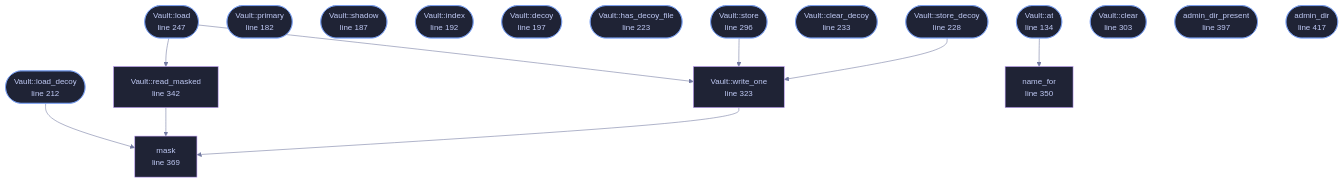
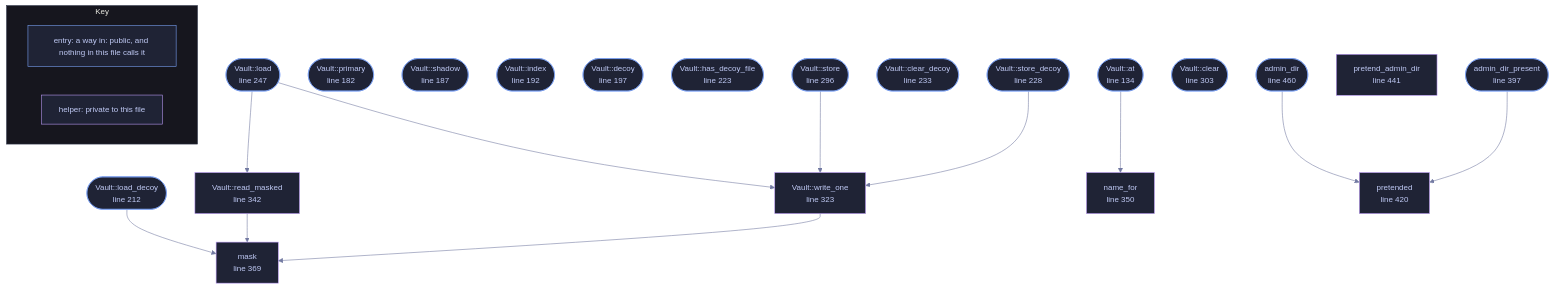
Before and after one commit to tilas01/veilvoice: the diagram in docs/files/veilvoice-crypto/vault.md, drawn with Mermaid. The commit also changed other lines of this file and 1510 other files, not shown here.

First line of the commit message:
Regenerate the documentation, wiki, site, graphs and measured numbers

````diff
--- a/docs/files/veilvoice-crypto/vault.md
+++ b/docs/files/veilvoice-crypto/vault.md
@@ -127,52 +129,65 @@
 ```mermaid
 %%{init: {"theme":"base","themeVariables":{"background":"#1a1b26","primaryColor":"#1f2335","primaryTextColor":"#c0caf5","primaryBorderColor":"#7aa2f7","secondaryColor":"#16161e","tertiaryColor":"#16161e","lineColor":"#737aa2","textColor":"#c0caf5","mainBkg":"#1f2335","nodeBorder":"#7aa2f7","clusterBkg":"#16161e","clusterBorder":"#2f3549","fontFamily":"ui-monospace, SFMono-Regular, Consolas, monospace","fontSize":"14px"}}}%%
 flowchart TD
     n_at(["Vault::at<br/>line 134"])
     n_primary(["Vault::primary<br/>line 182"])
     n_shadow(["Vault::shadow<br/>line 187"])
     n_index(["Vault::index<br/>line 192"])
     n_decoy(["Vault::decoy<br/>line 197"])
     n_load_decoy(["Vault::load_decoy<br/>line 212"])
     n_has_decoy_file(["Vault::has_decoy_file<br/>line 223"])
     n_store_decoy(["Vault::store_decoy<br/>line 228"])
     n_clear_decoy(["Vault::clear_decoy<br/>line 233"])
     n_load(["Vault::load<br/>line 247"])
     n_store(["Vault::store<br/>line 296"])
     n_clear(["Vault::clear<br/>line 303"])
     n_write_one["Vault::write_one<br/>line 323"]
     n_read_masked["Vault::read_masked<br/>line 342"]
     n_name_for["name_for<br/>line 350"]
     n_mask["mask<br/>line 369"]
     n_admin_dir_present(["admin_dir_present<br/>line 397"])
-    n_admin_dir(["admin_dir<br/>line 417"])
+    n_pretended["pretended<br/>line 420"]
+    n_pretend_admin_dir["pretend_admin_dir<br/>line 441"]
+    n_admin_dir(["admin_dir<br/>line 460"])
+    n_admin_dir --> n_pretended
+    n_admin_dir_present --> n_pretended
     n_at --> n_name_for
     n_load --> n_read_masked
     n_load --> n_write_one
     n_load_decoy --> n_mask
     n_read_masked --> n_mask
     n_store --> n_write_one
     n_store_decoy --> n_write_one
     n_write_one --> n_mask
     click n_at href "https://github.com/tilas01/veilvoice/blob/main/crates/veilvoice-crypto/src/vault.rs#L134" "open the source"
     click n_primary href "https://github.com/tilas01/veilvoice/blob/main/crates/veilvoice-crypto/src/vault.rs#L182" "open the source"
     click n_shadow href "https://github.com/tilas01/veilvoice/blob/main/crates/veilvoice-crypto/src/vault.rs#L187" "open the source"
     click n_index href "https://github.com/tilas01/veilvoice/blob/main/crates/veilvoice-crypto/src/vault.rs#L192" "open the source"
     click n_decoy href "https://github.com/tilas01/veilvoice/blob/main/crates/veilvoice-crypto/src/vault.rs#L197" "open the source"
     click n_load_decoy href "https://github.com/tilas01/veilvoice/blob/main/crates/veilvoice-crypto/src/vault.rs#L212" "open the source"
     click n_has_decoy_file href "https://github.com/tilas01/veilvoice/blob/main/crates/veilvoice-crypto/src/vault.rs#L223" "open the source"
     click n_store_decoy href "https://github.com/tilas01/veilvoice/blob/main/crates/veilvoice-crypto/src/vault.rs#L228" "open the source"
     click n_clear_decoy href "https://github.com/tilas01/veilvoice/blob/main/crates/veilvoice-crypto/src/vault.rs#L233" "open the source"
     click n_load href "https://github.com/tilas01/veilvoice/blob/main/crates/veilvoice-crypto/src/vault.rs#L247" "open the source"
     click n_store href "https://github.com/tilas01/veilvoice/blob/main/crates/veilvoice-crypto/src/vault.rs#L296" "open the source"
     click n_clear href "https://github.com/tilas01/veilvoice/blob/main/crates/veilvoice-crypto/src/vault.rs#L303" "open the source"
     click n_write_one href "https://github.com/tilas01/veilvoice/blob/main/crates/veilvoice-crypto/src/vault.rs#L323" "open the source"
     click n_read_masked href "https://github.com/tilas01/veilvoice/blob/main/crates/veilvoice-crypto/src/vault.rs#L342" "open the source"
     click n_name_for href "https://github.com/tilas01/veilvoice/blob/main/crates/veilvoice-crypto/src/vault.rs#L350" "open the source"
     click n_mask href "https://github.com/tilas01/veilvoice/blob/main/crates/veilvoice-crypto/src/vault.rs#L369" "open the source"
     click n_admin_dir_present href "https://github.com/tilas01/veilvoice/blob/main/crates/veilvoice-crypto/src/vault.rs#L397" "open the source"
-    click n_admin_dir href "https://github.com/tilas01/veilvoice/blob/main/crates/veilvoice-crypto/src/vault.rs#L417" "open the source"
+    click n_pretended href "https://github.com/tilas01/veilvoice/blob/main/crates/veilvoice-crypto/src/vault.rs#L420" "open the source"
+    click n_pretend_admin_dir href "https://github.com/tilas01/veilvoice/blob/main/crates/veilvoice-crypto/src/vault.rs#L441" "open the source"
+    click n_admin_dir href "https://github.com/tilas01/veilvoice/blob/main/crates/veilvoice-crypto/src/vault.rs#L460" "open the source"
     classDef entry fill:#1f2335,stroke:#7aa2f7,color:#c0caf5
     class n_at,n_primary,n_shadow,n_index,n_decoy,n_load_decoy,n_has_decoy_file,n_store_decoy,n_clear_decoy,n_load,n_store,n_clear,n_admin_dir_present,n_admin_dir entry
     classDef helper fill:#1f2335,stroke:#bb9af7,color:#c0caf5
-    class n_write_one,n_read_masked,n_name_for,n_mask helper
+    class n_write_one,n_read_masked,n_name_for,n_mask,n_pretended,n_pretend_admin_dir helper
+    subgraph chart_key ["Key"]
+        direction LR
+        key_entry["entry: a way in: public, and nothing in this file calls it"]
+        key_helper["helper: private to this file"]
+    end
+    class key_entry entry
+    class key_helper helper
 ```
````
